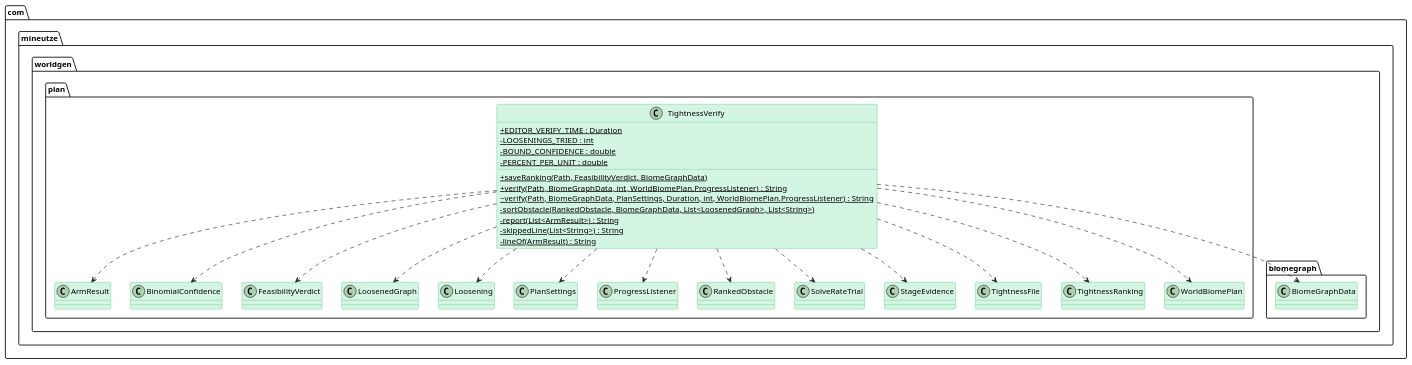
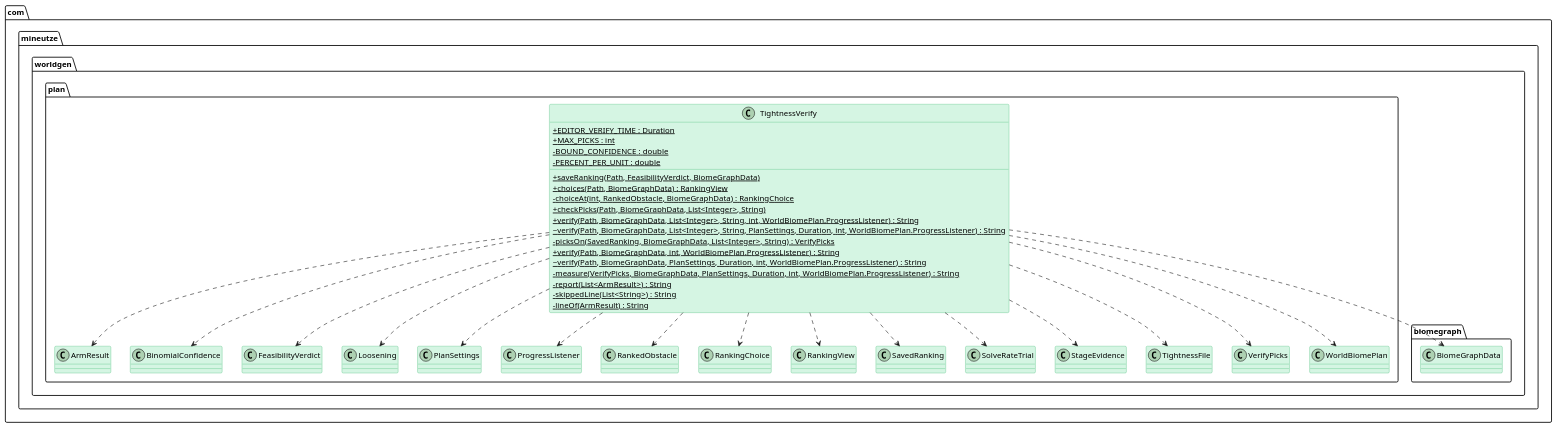
One commit to Boulede987/Mine-Utz changed the diagram in companion-mods/mineutze-worldgen/doc/Modelisation/ClassDiagram-Full/com/mineutze/worldgen/plan/TightnessVerify.puml. Above: the diagram before and after it, drawn with PlantUML. The commit also changed 41 other files, not shown here.

Commit message:
docs(worldgen): regenerate class diagrams for Verify picks

```diff
--- a/companion-mods/mineutze-worldgen/doc/Modelisation/ClassDiagram-Full/com/mineutze/worldgen/plan/TightnessVerify.puml
+++ b/companion-mods/mineutze-worldgen/doc/Modelisation/ClassDiagram-Full/com/mineutze/worldgen/plan/TightnessVerify.puml
@@ -1,62 +1,70 @@
 @startuml TightnessVerify
 
 skinparam classAttributeIconSize 0
 skinparam shadowing false
 
 skinparam class {
   BackgroundColor<<interface>> #D6EAF8
   BorderColor<<interface>> #2E86C1
 }
 skinparam class {
   BackgroundColor<<abstract>> #E8DAEF
   BorderColor<<abstract>> #8E44AD
 }
 skinparam class {
   BackgroundColor #D5F5E3
   BorderColor #27AE60
 }
 skinparam class {
   BackgroundColor<<record>> #FCF3CF
   BorderColor<<record>> #B7950B
 }
 skinparam class {
   BackgroundColor<<static>> #a7faa0
   BorderColor<<static>> #38d610
 }
 skinparam class {
   BackgroundColor<<enum>> #F5B7B1
   BorderColor<<enum>> #C0392B
 }
 
 namespace com.mineutze.worldgen.plan {
 class TightnessVerify {
   + {static} EDITOR_VERIFY_TIME : Duration
-  - {static} LOOSENINGS_TRIED : int
+  + {static} MAX_PICKS : int
   - {static} BOUND_CONFIDENCE : double
   - {static} PERCENT_PER_UNIT : double
   + {static} saveRanking(Path, FeasibilityVerdict, BiomeGraphData)
+  + {static} choices(Path, BiomeGraphData) : RankingView
+  - {static} choiceAt(int, RankedObstacle, BiomeGraphData) : RankingChoice
+  + {static} checkPicks(Path, BiomeGraphData, List<Integer>, String)
+  + {static} verify(Path, BiomeGraphData, List<Integer>, String, int, WorldBiomePlan.ProgressListener) : String
+  ~ {static} verify(Path, BiomeGraphData, List<Integer>, String, PlanSettings, Duration, int, WorldBiomePlan.ProgressListener) : String
+  - {static} picksOn(SavedRanking, BiomeGraphData, List<Integer>, String) : VerifyPicks
   + {static} verify(Path, BiomeGraphData, int, WorldBiomePlan.ProgressListener) : String
   ~ {static} verify(Path, BiomeGraphData, PlanSettings, Duration, int, WorldBiomePlan.ProgressListener) : String
-  - {static} sortObstacle(RankedObstacle, BiomeGraphData, List<LoosenedGraph>, List<String>)
+  - {static} measure(VerifyPicks, BiomeGraphData, PlanSettings, Duration, int, WorldBiomePlan.ProgressListener) : String
   - {static} report(List<ArmResult>) : String
   - {static} skippedLine(List<String>) : String
   - {static} lineOf(ArmResult) : String
 }
 }
 
 com.mineutze.worldgen.plan.TightnessVerify ..> com.mineutze.worldgen.plan.ArmResult
 com.mineutze.worldgen.plan.TightnessVerify ..> com.mineutze.worldgen.plan.BinomialConfidence
 com.mineutze.worldgen.plan.TightnessVerify ..> com.mineutze.worldgen.biomegraph.BiomeGraphData
 com.mineutze.worldgen.plan.TightnessVerify ..> com.mineutze.worldgen.plan.FeasibilityVerdict
-com.mineutze.worldgen.plan.TightnessVerify ..> com.mineutze.worldgen.plan.LoosenedGraph
 com.mineutze.worldgen.plan.TightnessVerify ..> com.mineutze.worldgen.plan.Loosening
 com.mineutze.worldgen.plan.TightnessVerify ..> com.mineutze.worldgen.plan.PlanSettings
 com.mineutze.worldgen.plan.TightnessVerify ..> com.mineutze.worldgen.plan.ProgressListener
 com.mineutze.worldgen.plan.TightnessVerify ..> com.mineutze.worldgen.plan.RankedObstacle
+com.mineutze.worldgen.plan.TightnessVerify ..> com.mineutze.worldgen.plan.RankingChoice
+com.mineutze.worldgen.plan.TightnessVerify ..> com.mineutze.worldgen.plan.RankingView
+com.mineutze.worldgen.plan.TightnessVerify ..> com.mineutze.worldgen.plan.SavedRanking
 com.mineutze.worldgen.plan.TightnessVerify ..> com.mineutze.worldgen.plan.SolveRateTrial
 com.mineutze.worldgen.plan.TightnessVerify ..> com.mineutze.worldgen.plan.StageEvidence
 com.mineutze.worldgen.plan.TightnessVerify ..> com.mineutze.worldgen.plan.TightnessFile
-com.mineutze.worldgen.plan.TightnessVerify ..> com.mineutze.worldgen.plan.TightnessRanking
+com.mineutze.worldgen.plan.TightnessVerify ..> com.mineutze.worldgen.plan.VerifyPicks
 com.mineutze.worldgen.plan.TightnessVerify ..> com.mineutze.worldgen.plan.WorldBiomePlan
 
 @enduml
```
